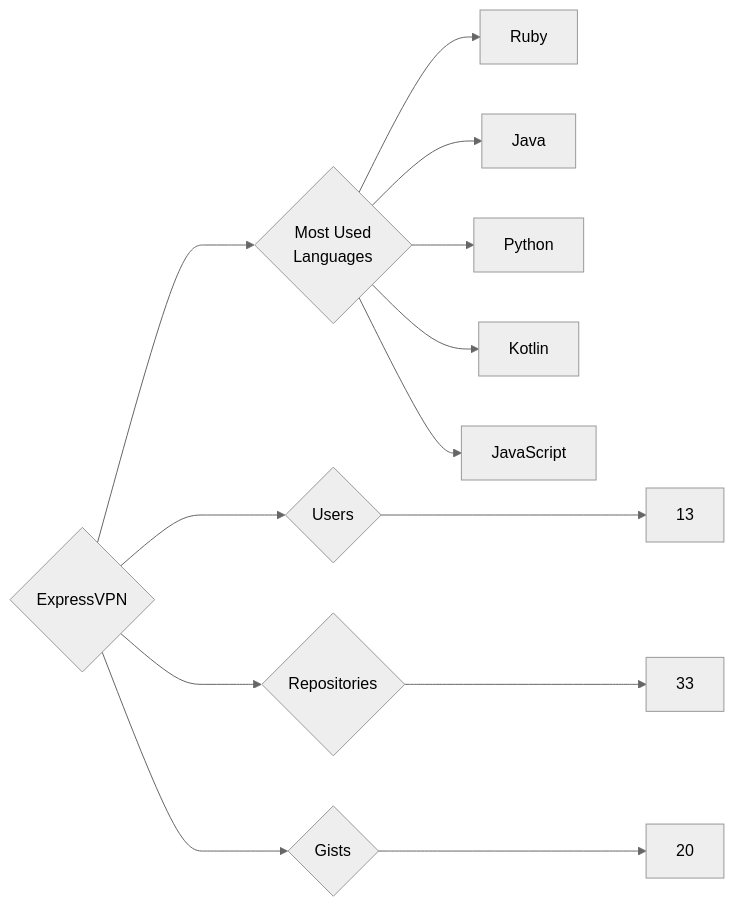
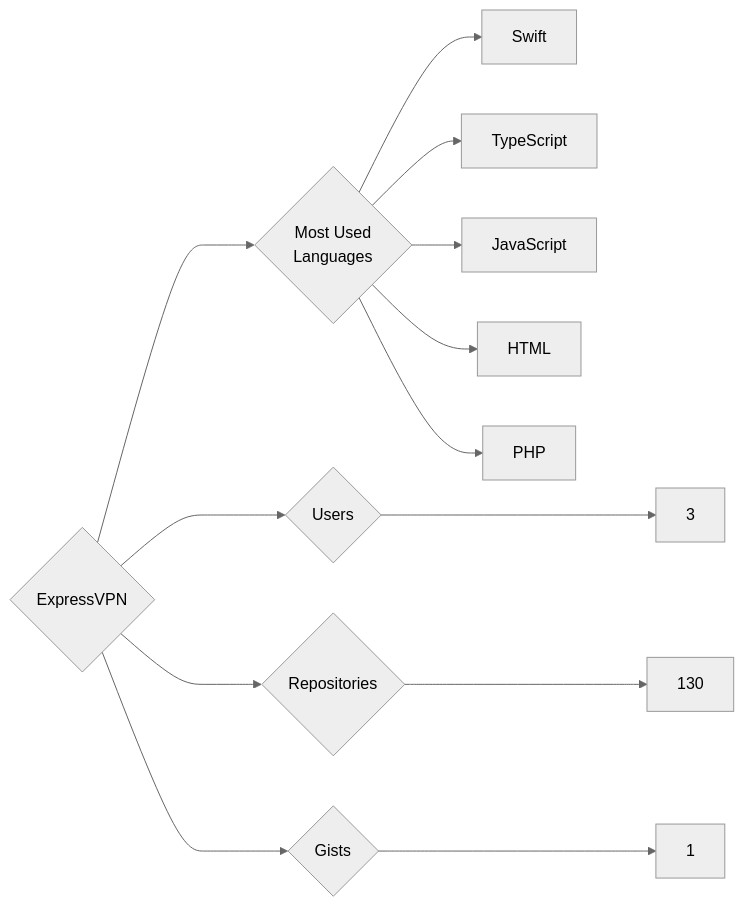
Before and after one commit to trickest/insiders: the diagram in targets/ExpressVPN/README.md, drawn with Mermaid (neutral theme). The commit also changed 693 other files, not shown here.

````diff
--- a/targets/ExpressVPN/README.md
+++ b/targets/ExpressVPN/README.md
@@ -3,13 +3,13 @@
 ```mermaid
 graph LR
 COMPANY_NAME{ExpressVPN}
-COMPANY_NAME ---> U{Users} ---> UN[13]
-COMPANY_NAME ---> R{Repositories} ---> RN[33]
-COMPANY_NAME ---> G{Gists} ---> GN[20]
+COMPANY_NAME ---> U{Users} ---> UN[3]
+COMPANY_NAME ---> R{Repositories} ---> RN[130]
+COMPANY_NAME ---> G{Gists} ---> GN[1]
 COMPANY_NAME ---> ML{Most Used<br>Languages}
-ML --> Ruby[Ruby]
-ML --> Java[Java]
-ML --> Python[Python]
-ML --> Kotlin[Kotlin]
+ML --> Swift[Swift]
+ML --> TypeScript[TypeScript]
 ML --> JavaScript[JavaScript]
+ML --> HTML[HTML]
+ML --> PHP[PHP]
 ```
````
